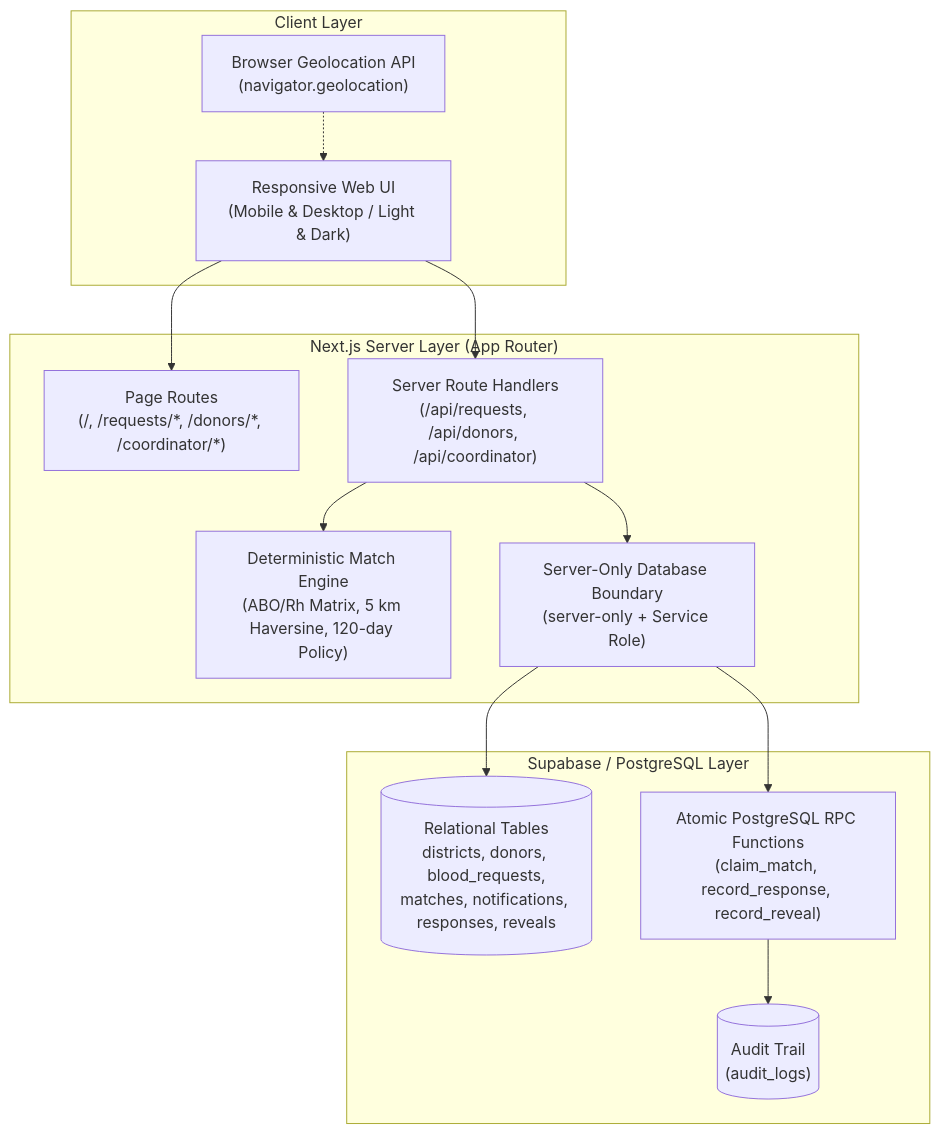
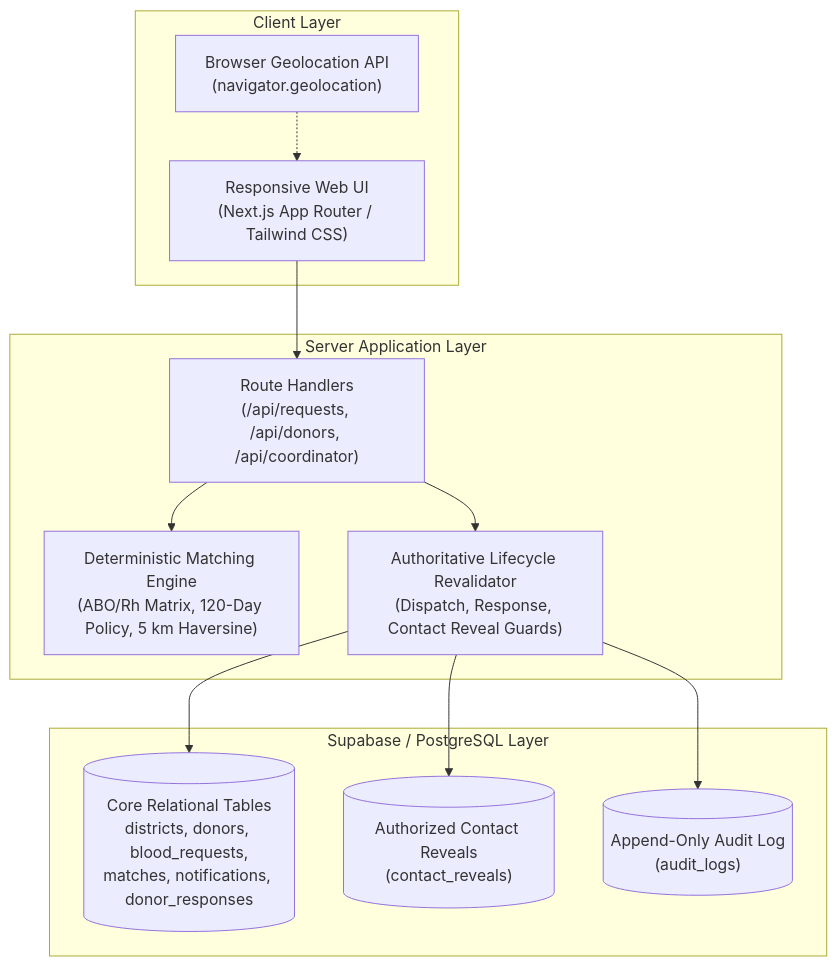
One commit to rohanmgeorgeo/hemo-match changed the diagram in README.md. Above: the diagram before and after it, drawn with Mermaid. The commit also changed other lines of this file and 6 other files, not shown here.

````diff
--- a/README.md
+++ b/README.md
@@ -127,29 +140,27 @@
 ```mermaid
 flowchart TD
     subgraph Client ["Client Layer"]
-        UI["Responsive Web UI<br/>(Mobile & Desktop / Light & Dark)"]
+        UI["Responsive Web UI<br/>(Next.js App Router / Tailwind CSS)"]
         Geo["Browser Geolocation API<br/>(navigator.geolocation)"]
     end
 
-    subgraph NextServer ["Next.js Server Layer (App Router)"]
-        AppRoutes["Page Routes<br/>(/, /requests/*, /donors/*, /coordinator/*)"]
-        API["Server Route Handlers<br/>(/api/requests, /api/donors, /api/coordinator)"]
-        Engine["Deterministic Match Engine<br/>(ABO/Rh Matrix, 5 km Haversine, 120-day Policy)"]
-        ServerOnly["Server-Only Database Boundary<br/>(server-only + Service Role)"]
+    subgraph Server ["Server Application Layer"]
+        Routes["Route Handlers<br/>(/api/requests, /api/donors, /api/coordinator)"]
+        Engine["Deterministic Matching Engine<br/>(ABO/Rh Matrix, 120-Day Policy, 5 km Haversine)"]
+        Revalidator["Authoritative Lifecycle Revalidator<br/>(Dispatch, Response, Contact Reveal Guards)"]
     end
 
     subgraph Database ["Supabase / PostgreSQL Layer"]
-        Tables[("Relational Tables<br/>districts, donors, blood_requests,<br/>matches, notifications, responses, reveals")]
-        RPC["Atomic PostgreSQL RPC Functions<br/>(claim_match, record_response, record_reveal)"]
-        Audit[("Audit Trail<br/>(audit_logs)")]
+        Tables[("Core Relational Tables<br/>districts, donors, blood_requests,<br/>matches, notifications, donor_responses")]
+        Reveals[("Authorized Contact Reveals<br/>(contact_reveals)")]
+        Audit[("Append-Only Audit Log<br/>(audit_logs)")]
     end
 
-    UI --> AppRoutes
     Geo -.-> UI
-    UI --> API
-    API --> Engine
-    API --> ServerOnly
-    ServerOnly --> Tables
-    ServerOnly --> RPC
-    RPC --> Audit
+    UI --> Routes
+    Routes --> Engine
+    Routes --> Revalidator
+    Revalidator --> Tables
+    Revalidator --> Reveals
+    Revalidator --> Audit
 ```
````
